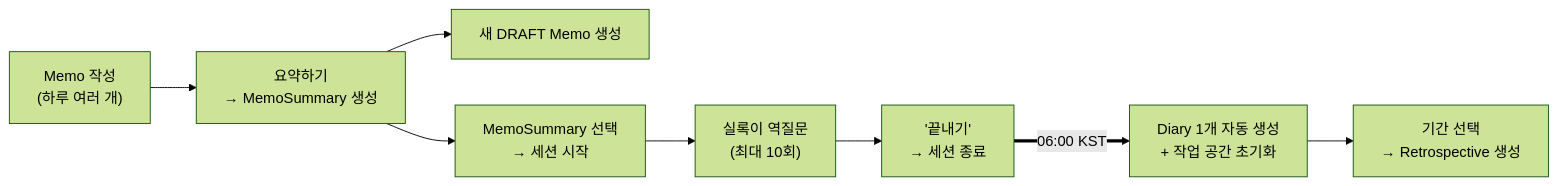
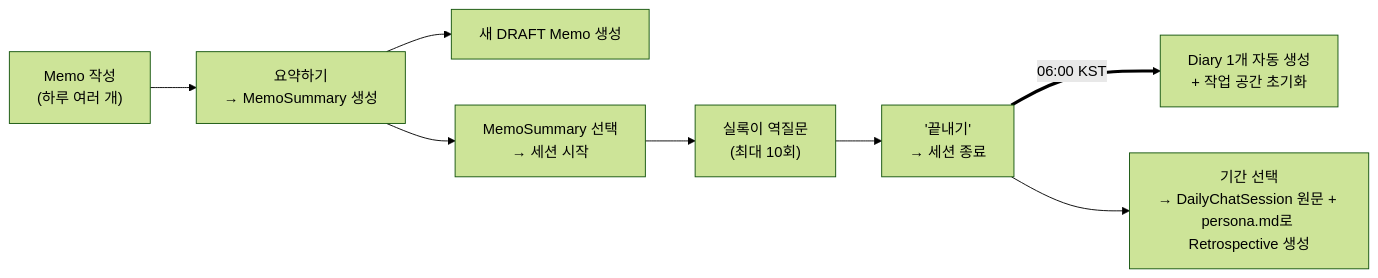
Before and after one commit to my-girin-log/girin-log-harness: the sixth of 7 diagrams in README.md, drawn with Mermaid (forest theme). The commit also changed other lines of this file and 12 other files, not shown here.

````diff
--- a/README.md
+++ b/README.md
@@ -194,10 +195,10 @@
 ```mermaid
 flowchart LR
     M["Memo 작성<br/>(하루 여러 개)"] --> MS["요약하기<br/>→ MemoSummary 생성"]
     MS --> NM["새 DRAFT Memo 생성"]
     MS --> S["MemoSummary 선택<br/>→ 세션 시작"]
     S --> Q["실록이 역질문<br/>(최대 10회)"]
     Q --> E["'끝내기'<br/>→ 세션 종료"]
     E ==>|"06:00 KST"| D["Diary 1개 자동 생성<br/>+ 작업 공간 초기화"]
-    D --> R["기간 선택<br/>→ Retrospective 생성"]
+    E --> R["기간 선택<br/>→ DailyChatSession 원문 + persona.md로 Retrospective 생성"]
 ```
````
